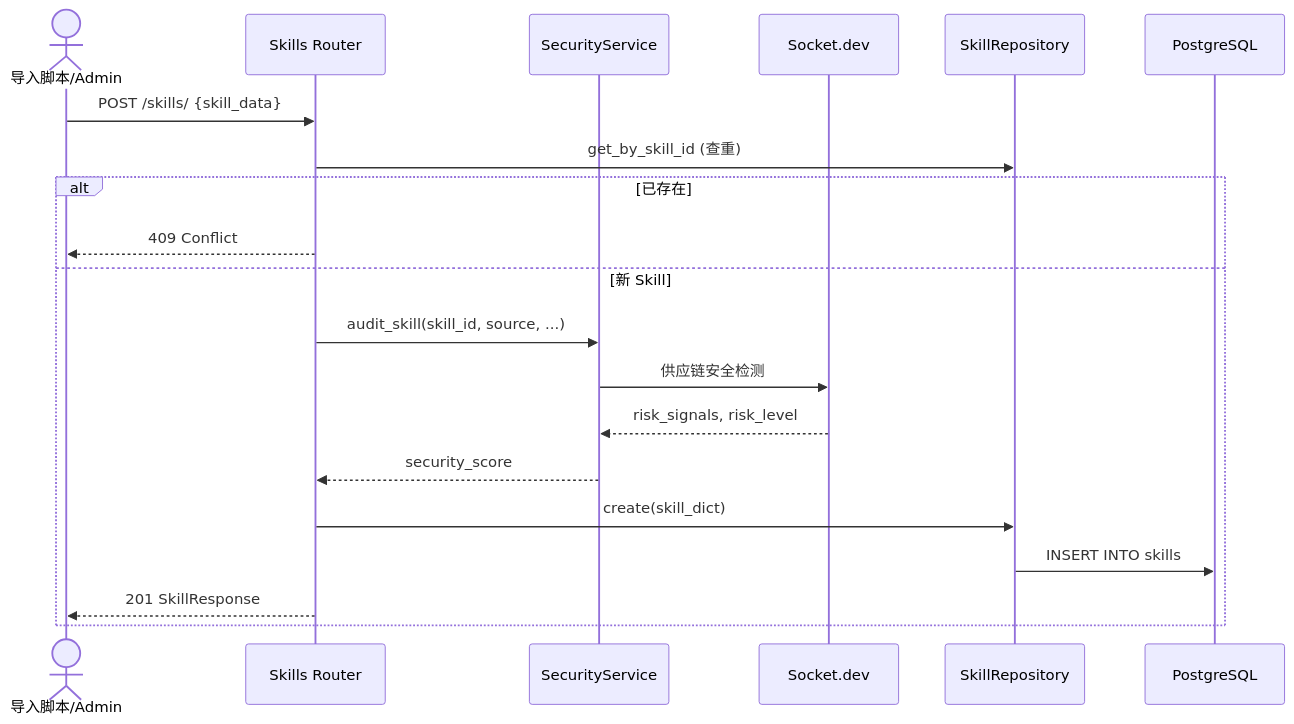
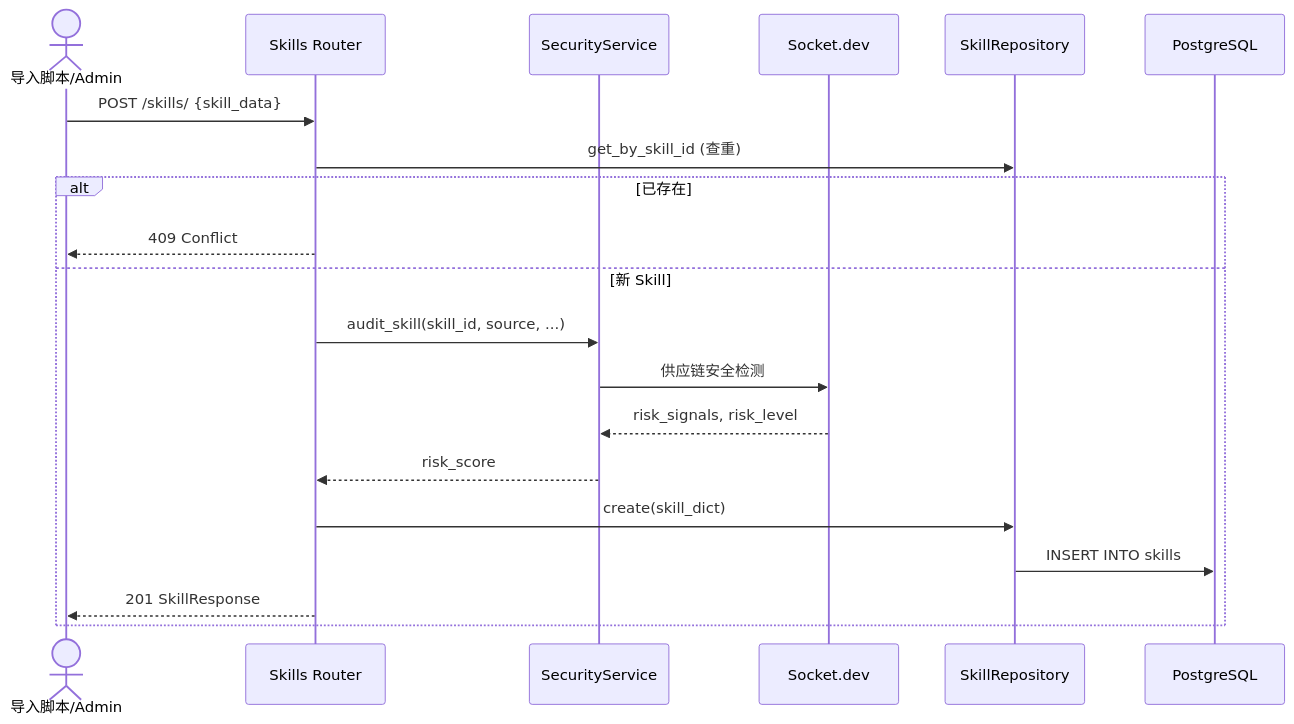
Before and after one commit to openeuler-mirror/wittyhub: the ninth of 9 diagrams in doc/design/wittyhub-implementation-plan.md, drawn with Mermaid. The commit also changed other lines of this file and 1 other file, not shown here.

Commit message:
docs(design): 将 security_score 字段重命名为 risk_score

````diff
--- a/doc/design/wittyhub-implementation-plan.md
+++ b/doc/design/wittyhub-implementation-plan.md
@@ -656,23 +656,23 @@
 ```mermaid
 sequenceDiagram
     actor Importer as 导入脚本/Admin
     participant API as Skills Router
     participant SEC as SecurityService
     participant SOC as Socket.dev
     participant REPO as SkillRepository
     participant PG as PostgreSQL
 
     Importer->>API: POST /skills/ {skill_data}
     API->>REPO: get_by_skill_id (查重)
     alt 已存在
         API-->>Importer: 409 Conflict
     else 新 Skill
         API->>SEC: audit_skill(skill_id, source, ...)
         SEC->>SOC: 供应链安全检测
         SOC-->>SEC: risk_signals, risk_level
-        SEC-->>API: security_score
+        SEC-->>API: risk_score
         API->>REPO: create(skill_dict)
         REPO->>PG: INSERT INTO skills
         API-->>Importer: 201 SkillResponse
     end
 ```
````
